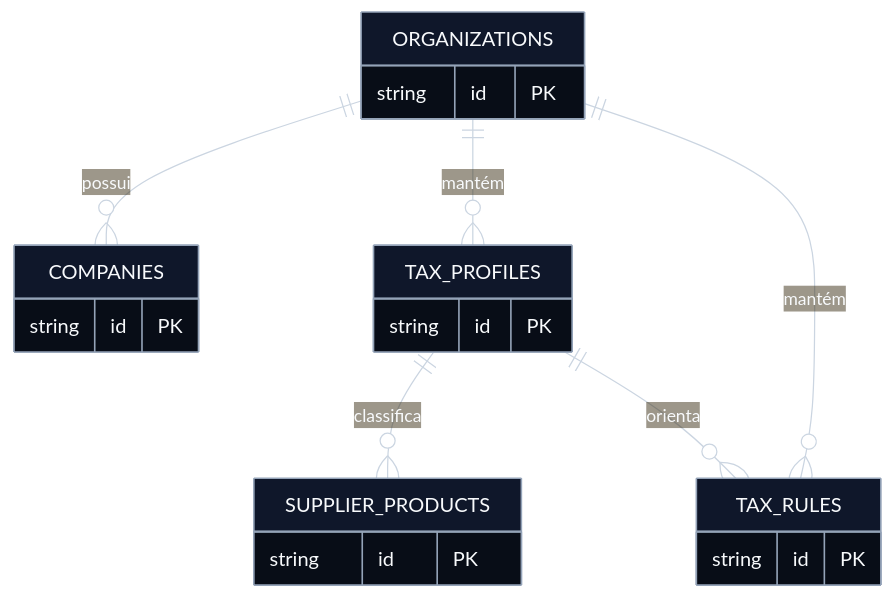
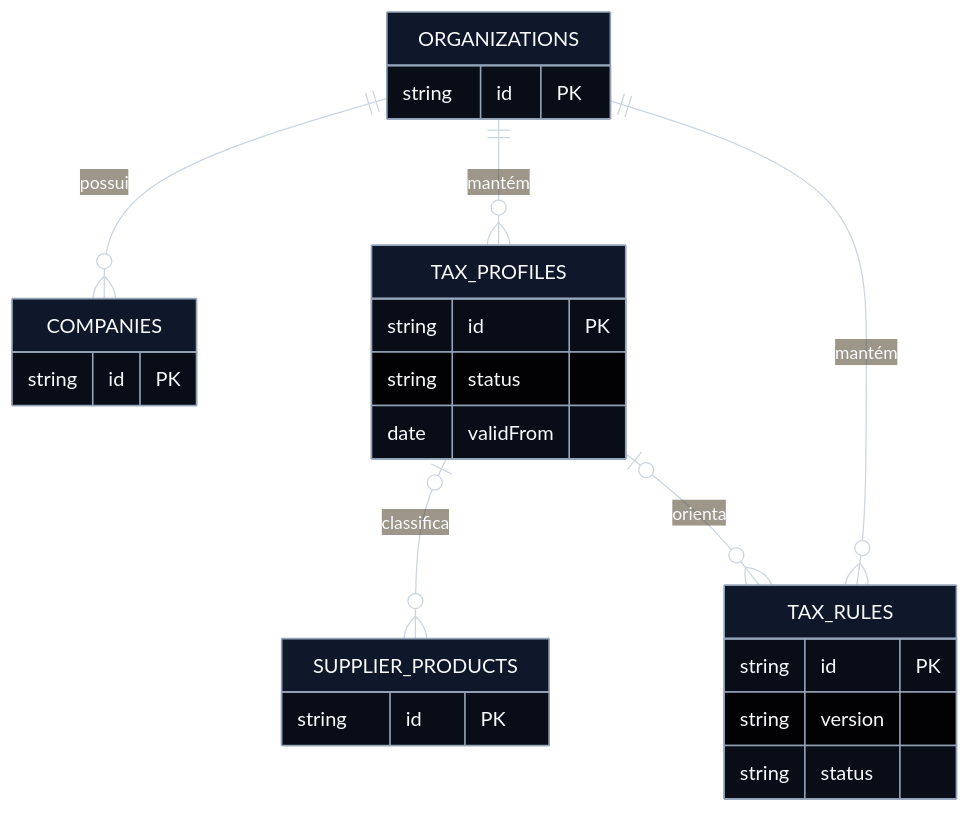
The first of 4 diagrams in docs/architecture.md (nicosikmoraes/motor-calculo-icms), drawn with Mermaid before and after one commit. The commit also changed other lines of this file and 5 other files, not shown here.

````diff
--- a/docs/architecture.md
+++ b/docs/architecture.md
@@ -152,41 +173,45 @@
 ```mermaid
 ---
 config:
   theme: base
   themeVariables:
     darkMode: true
     background: "#0b1220"
     primaryColor: "#0f172a"
     primaryTextColor: "#f8fafc"
     primaryBorderColor: "#94a3b8"
     lineColor: "#cbd5e1"
     textColor: "#f8fafc"
   er:
     theme: base
     fill: "#0f172a"
     stroke: "#94a3b8"
     fontSize: 16
 ---
 erDiagram
     ORGANIZATIONS ||--o{ COMPANIES : possui
     ORGANIZATIONS ||--o{ TAX_PROFILES : mantém
     ORGANIZATIONS ||--o{ TAX_RULES : mantém
-    TAX_PROFILES ||--o{ SUPPLIER_PRODUCTS : classifica
-    TAX_PROFILES ||--o{ TAX_RULES : orienta
+    TAX_PROFILES |o--o{ SUPPLIER_PRODUCTS : classifica
+    TAX_PROFILES |o--o{ TAX_RULES : orienta
 
     ORGANIZATIONS {
         string id PK
     }
     COMPANIES {
         string id PK
     }
     TAX_PROFILES {
         string id PK
+        string status
+        date validFrom
     }
     SUPPLIER_PRODUCTS {
         string id PK
     }
     TAX_RULES {
         string id PK
+        string version
+        string status
     }
 ```
````
